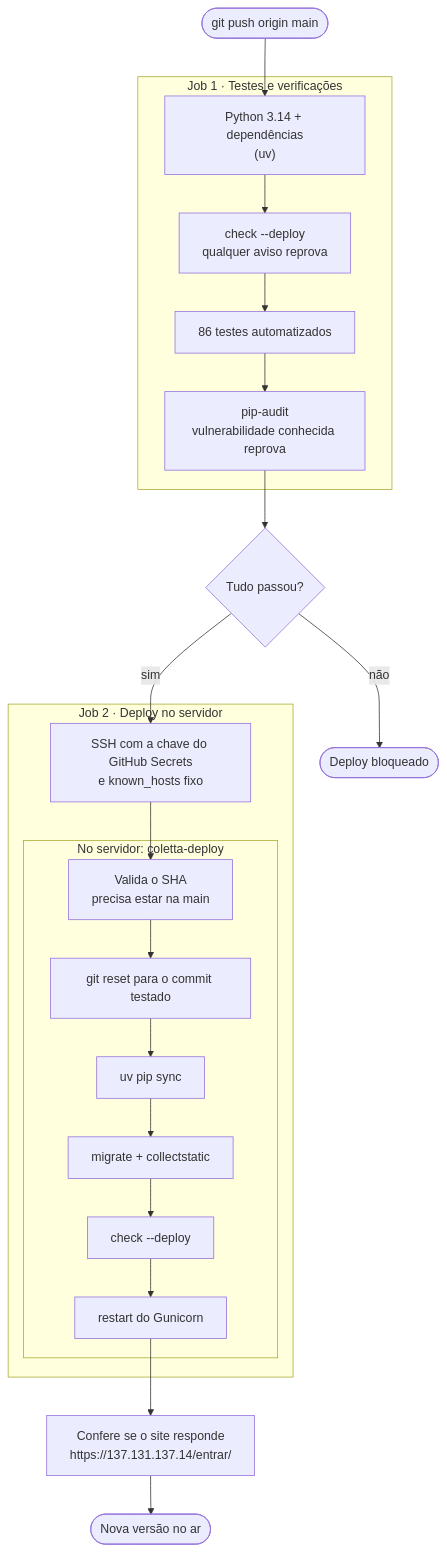
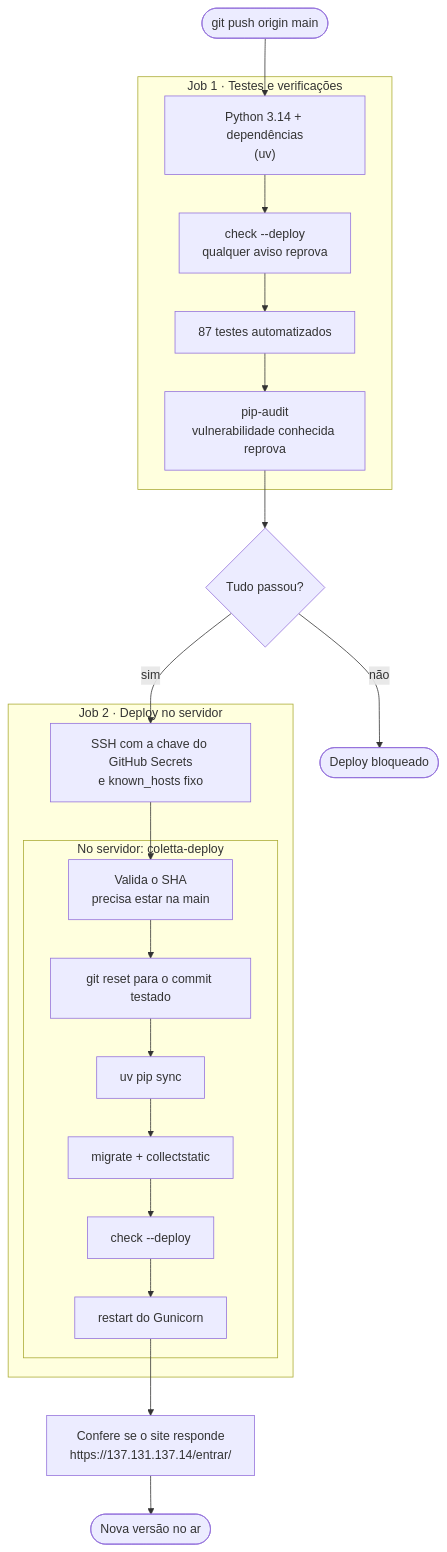
The third of 3 diagrams in README.md (lauannyrb/coletta), drawn with Mermaid before and after one commit. The commit also changed other lines of this file and 6 other files, not shown here.

````diff
--- a/README.md
+++ b/README.md
@@ -480,26 +480,26 @@
 ```mermaid
 flowchart TD
     A(["git push origin main"]) --> B
 
     subgraph CI["Job 1 · Testes e verificações"]
         B["Python 3.14 + dependências<br/>(uv)"] --> C["check --deploy<br/>qualquer aviso reprova"]
-        C --> T["86 testes automatizados"]
+        C --> T["87 testes automatizados"]
         T --> P["pip-audit<br/>vulnerabilidade conhecida reprova"]
     end
 
     P --> OK{"Tudo passou?"}
     OK -->|não| X(["Deploy bloqueado"])
     OK -->|sim| S
 
     subgraph CD["Job 2 · Deploy no servidor"]
         S["SSH com a chave do GitHub Secrets<br/>e known_hosts fixo"] --> R
         subgraph SRV["No servidor: coletta-deploy"]
             R["Valida o SHA<br/>precisa estar na main"] --> GR["git reset para o commit testado"]
             GR --> UV["uv pip sync"] --> M["migrate + collectstatic"]
             M --> CK["check --deploy"] --> RS["restart do Gunicorn"]
         end
     end
 
     RS --> V["Confere se o site responde<br/>https://137.131.137.14/entrar/"]
     V --> Z(["Nova versão no ar"])
 ```
````
